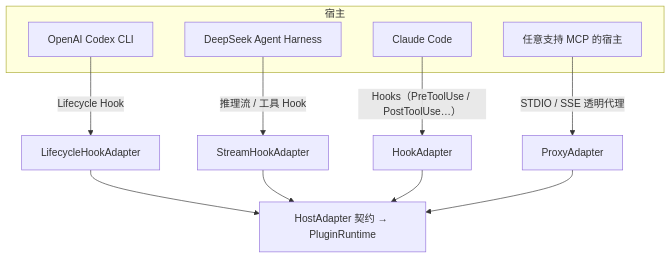
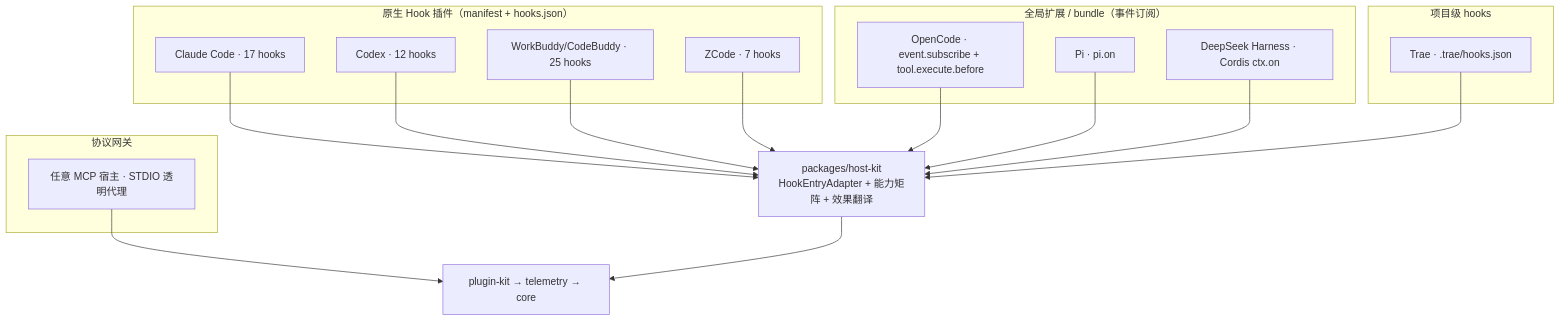
One commit to chaos-design/arcs changed the diagram in docs/plugins.md. Above: the diagram before and after it, drawn with Mermaid. The commit also changed other lines of this file and 107 other files, not shown here.

First line of the commit message:
feat: 平台宿主插件全量落地 + host-kit 共用运行时 + 契约护栏与审计

````diff
--- a/docs/plugins.md
+++ b/docs/plugins.md
@@ -9,17 +9,32 @@
 ```mermaid
 flowchart TB
-  subgraph HOSTS["宿主"]
-    C["OpenAI Codex CLI"]
-    D["DeepSeek Agent Harness"]
-    CC["Claude Code"]
-    M["任意支持 MCP 的宿主"]
+  subgraph HOOK["原生 Hook 插件（manifest + hooks.json）"]
+    CC["Claude Code · 17 hooks"]
+    CX["Codex · 12 hooks"]
+    WB["WorkBuddy/CodeBuddy · 25 hooks"]
+    ZC["ZCode · 7 hooks"]
   end
-  C -->|"Lifecycle Hook"| A1["LifecycleHookAdapter"]
-  D -->|"推理流 / 工具 Hook"| A2["StreamHookAdapter"]
-  CC -->|"Hooks（PreToolUse / PostToolUse…）"| A3["HookAdapter"]
-  M -->|"STDIO / SSE 透明代理"| A4["ProxyAdapter"]
-  A1 --> KIT["HostAdapter 契约 → PluginRuntime"]
-  A2 --> KIT
-  A3 --> KIT
-  A4 --> KIT
+  subgraph EXT["全局扩展 / bundle（事件订阅）"]
+    OC["OpenCode · event.subscribe + tool.execute.before"]
+    PI["Pi · pi.on"]
+    DS["DeepSeek Harness · Cordis ctx.on"]
+  end
+  subgraph DIRECT["项目级 hooks"]
+    TR["Trae · .trae/hooks.json"]
+  end
+  subgraph GATE["协议网关"]
+    MCP["任意 MCP 宿主 · STDIO 透明代理"]
+  end
+  KIT["packages/host-kit<br/>HookEntryAdapter + 能力矩阵 + 效果翻译"]
+  CORE["plugin-kit → telemetry → core"]
+  CC --> KIT
+  CX --> KIT
+  WB --> KIT
+  ZC --> KIT
+  OC --> KIT
+  PI --> KIT
+  DS --> KIT
+  TR --> KIT
+  MCP --> CORE
+  KIT --> CORE
 ```
````
